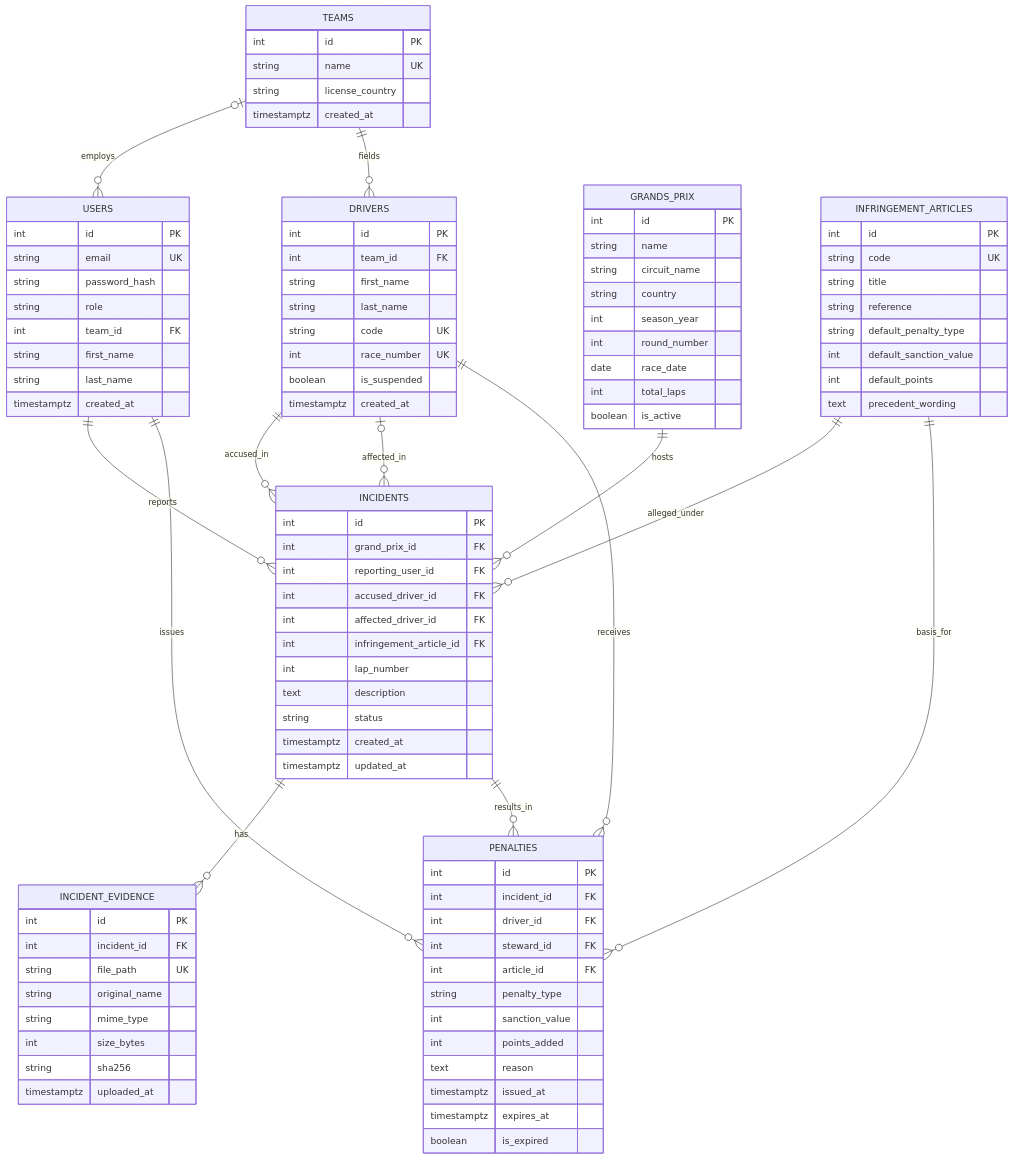
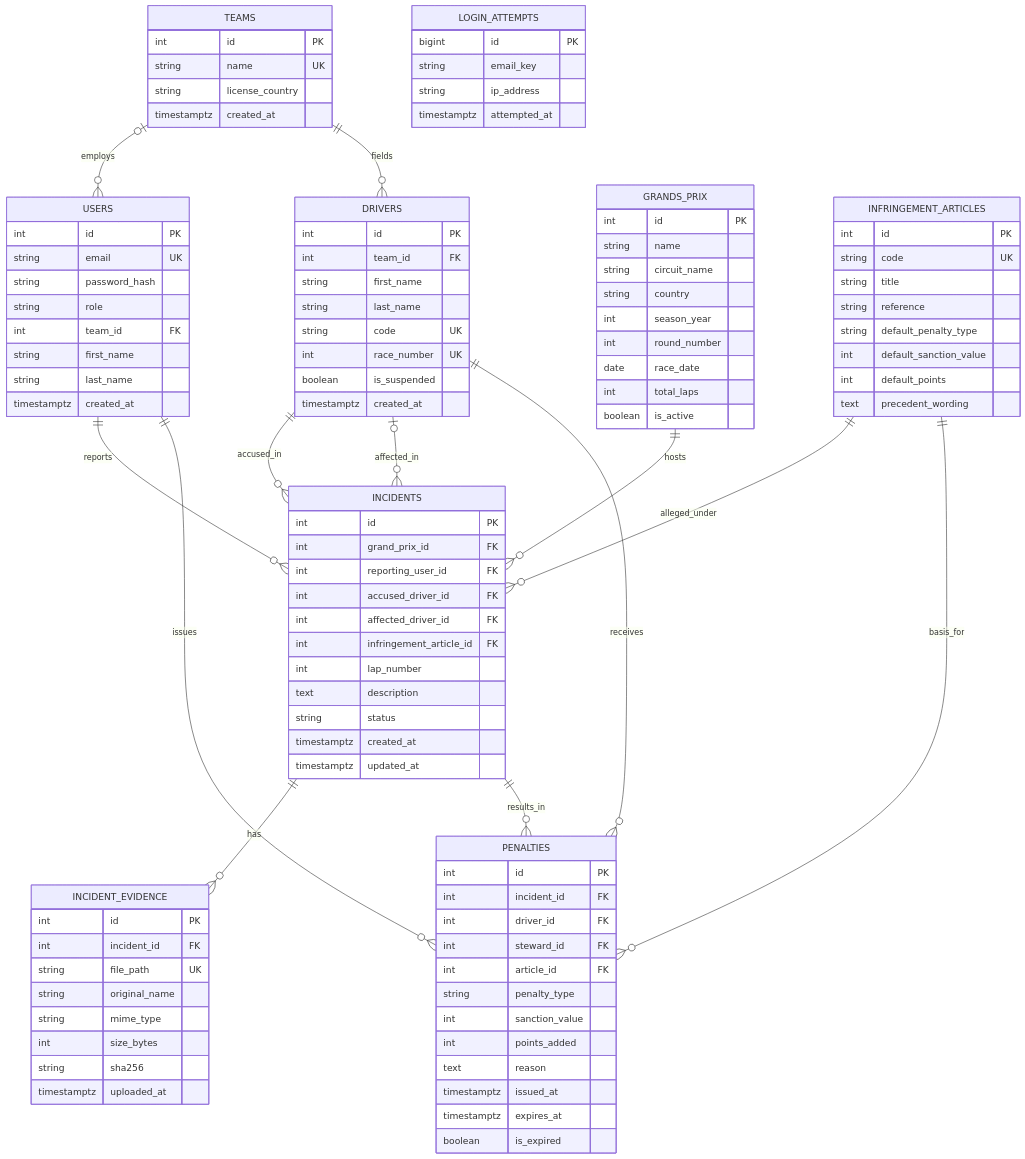
The second of 2 diagrams in README.md (Dysky2/wdpai-project), drawn with Mermaid before and after one commit. The commit also changed other lines of this file, not shown here.

Commit message:
docs: add login_attempts to ERD and fix table count

````diff
--- a/README.md
+++ b/README.md
@@ -345,4 +345,10 @@
         timestamptz expires_at
         boolean is_expired
     }
+    LOGIN_ATTEMPTS {
+        bigint id PK
+        string email_key
+        string ip_address
+        timestamptz attempted_at
+    }
 ```
````
